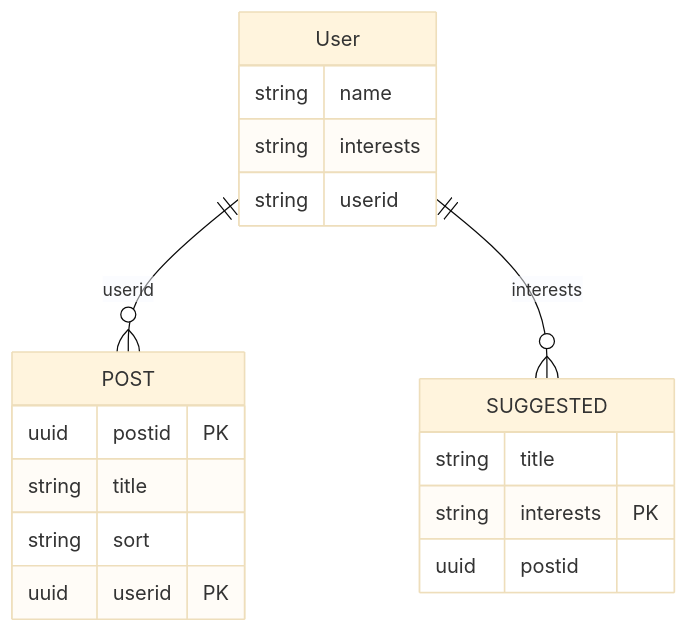
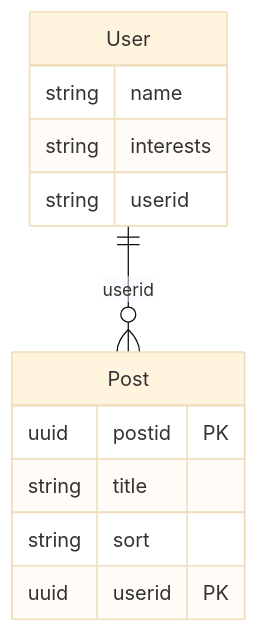
Before and after one commit to cherrybll17253/Travel-Front: the diagram in README.md, drawn with Mermaid (base theme). The commit also changed 6 other files, not shown here.

````diff
--- a/README.md
+++ b/README.md
@@ -1,22 +1,16 @@
 ```mermaid
 
 erDiagram
-    User ||--o{ POST : userid
+    User ||--o{ Post : userid
     User {
         string name
         string interests
         string userid
     }
-    User ||--o{ SUGGESTED : interests
-    SUGGESTED {
-        string title
-        string interests PK
-        uuid postid
-    }
-    POST {
+    Post {
         uuid postid PK
         string title
         string sort
         uuid userid PK
     }
 ```
````
